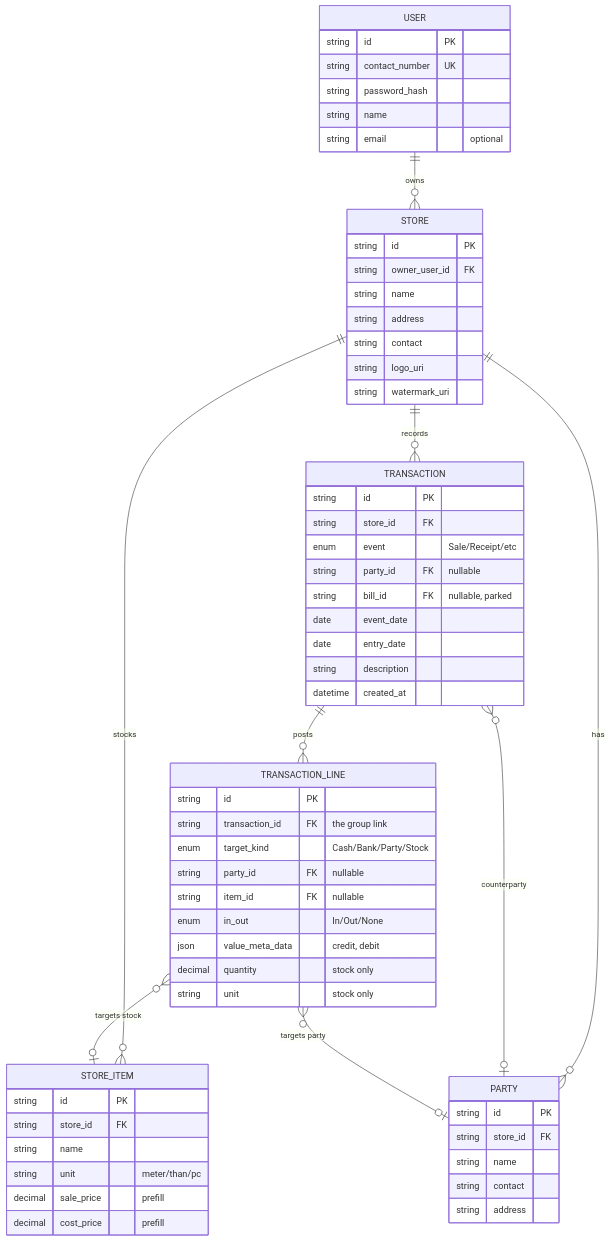
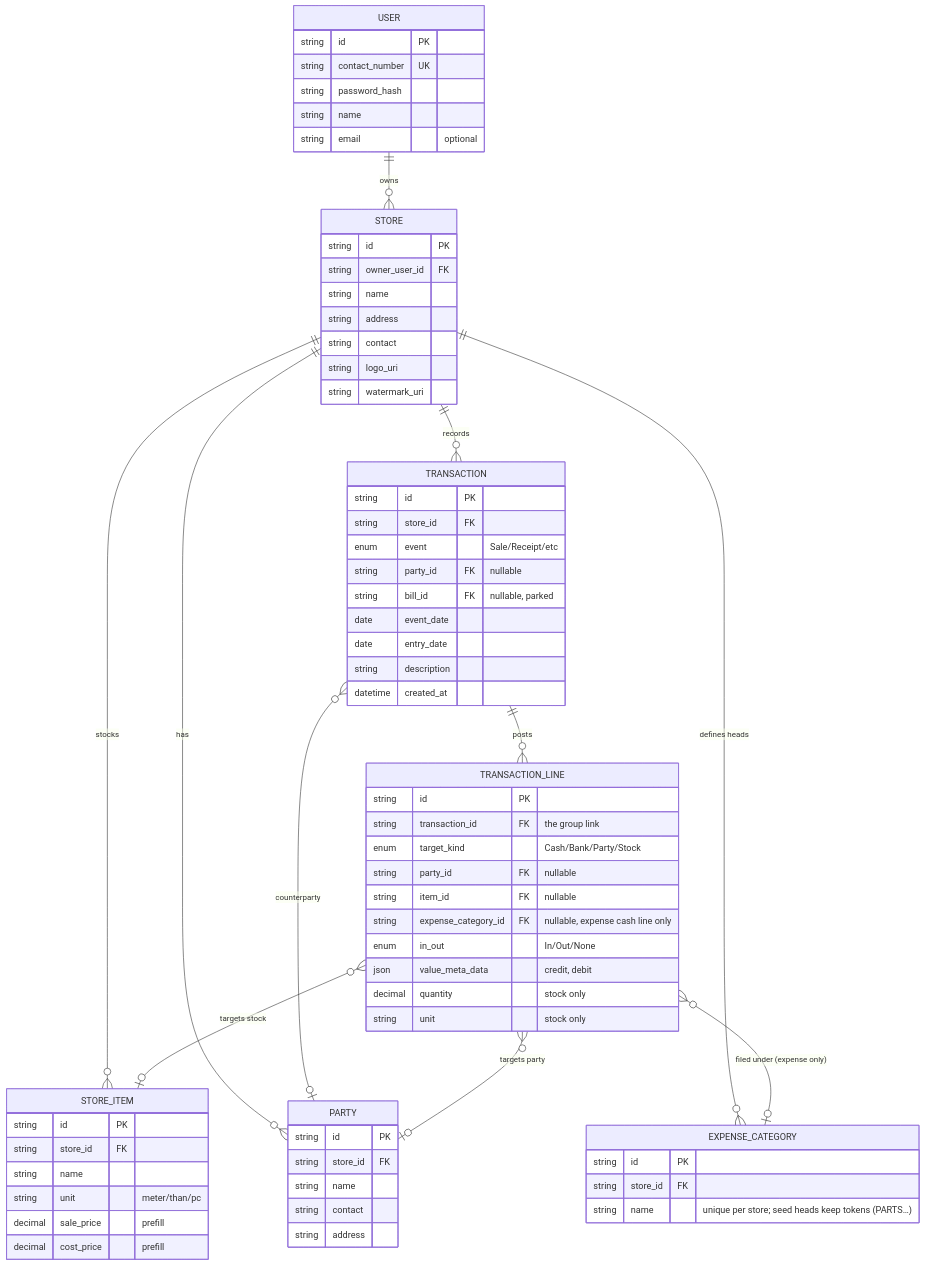
One commit to Baeyung/hisaabkitaab changed the diagram in docs/ERDIAGRAM.md. Above: the diagram before and after it, drawn with Mermaid. The commit also changed 18 other files, not shown here.

````diff
--- a/docs/ERDIAGRAM.md
+++ b/docs/ERDIAGRAM.md
@@ -1,65 +1,73 @@
 ```mermaid
 erDiagram
   USER ||--o{ STORE : owns
   STORE ||--o{ STORE_ITEM : stocks
   STORE ||--o{ PARTY : has
   STORE ||--o{ TRANSACTION : records
+  STORE ||--o{ EXPENSE_CATEGORY : "defines heads"
   TRANSACTION ||--o{ TRANSACTION_LINE : posts
   TRANSACTION }o--o| PARTY : counterparty
   TRANSACTION_LINE }o--o| PARTY : "targets party"
   TRANSACTION_LINE }o--o| STORE_ITEM : "targets stock"
+  TRANSACTION_LINE }o--o| EXPENSE_CATEGORY : "filed under (expense only)"
 
   USER {
     string id PK
     string contact_number UK
     string password_hash
     string name
     string email "optional"
   }
   STORE {
     string id PK
     string owner_user_id FK
     string name
     string address
     string contact
     string logo_uri
     string watermark_uri
   }
   STORE_ITEM {
     string id PK
     string store_id FK
     string name
     string unit "meter/than/pc"
     decimal sale_price "prefill"
     decimal cost_price "prefill"
   }
   PARTY {
     string id PK
     string store_id FK
     string name
     string contact
     string address
   }
+  EXPENSE_CATEGORY {
+    string id PK
+    string store_id FK
+    string name "unique per store; seed heads keep tokens (PARTS…)"
+  }
   TRANSACTION {
     string id PK
     string store_id FK
     enum event "Sale/Receipt/etc"
     string party_id FK "nullable"
     string bill_id FK "nullable, parked"
     date event_date
     date entry_date
     string description
     datetime created_at
   }
   TRANSACTION_LINE {
     string id PK
     string transaction_id FK "the group link"
     enum target_kind "Cash/Bank/Party/Stock"
     string party_id FK "nullable"
     string item_id FK "nullable"
+    string expense_category_id FK "nullable, expense cash line only"
     enum in_out "In/Out/None"
     json value_meta_data "credit, debit"
     decimal quantity "stock only"
     string unit "stock only"
   }
 ```
````
